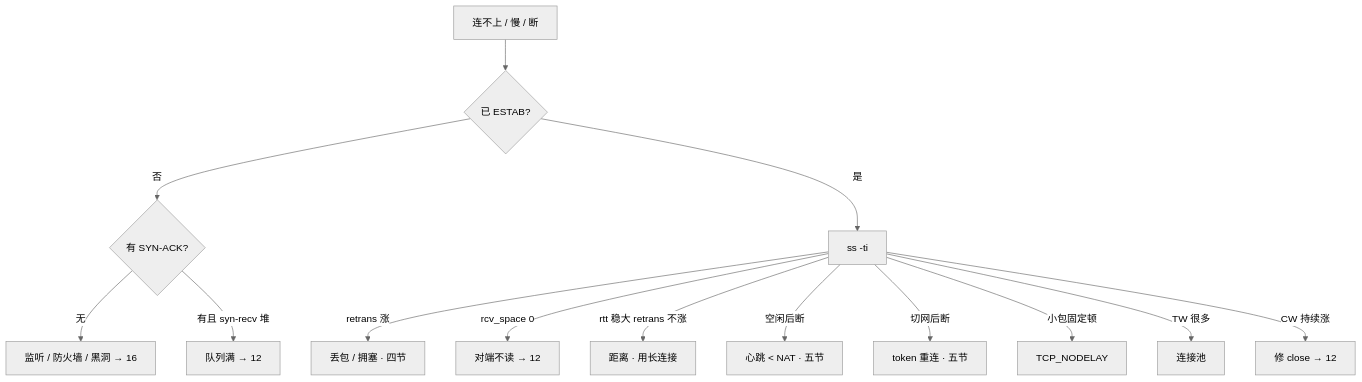
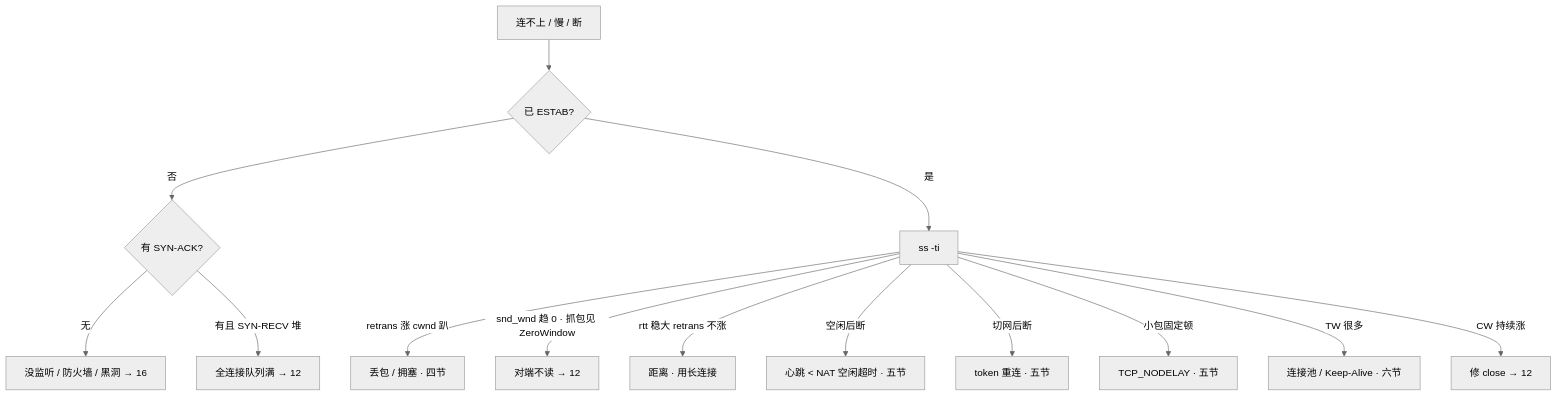
One commit to ml-cuizijun/LearnToLilith changed the ninth of 9 diagrams in 01-基础底座/13-TCP与UDP/知识点.md. Above: the diagram before and after it, drawn with Mermaid (neutral theme). The commit also changed other lines of this file, not shown here.

Commit message:
Refactor TCP and UDP chapter for clarity

````diff
--- a/01-基础底座/13-TCP与UDP/知识点.md
+++ b/01-基础底座/13-TCP与UDP/知识点.md
@@ -850,16 +575,16 @@
 ```mermaid
 flowchart TB
     A[连不上 / 慢 / 断] --> B{已 ESTAB?}
     B -->|否| C{有 SYN-ACK?}
-    C -->|无| D[监听 / 防火墙 / 黑洞 → 16]
-    C -->|有且 syn-recv 堆| E[队列满 → 12]
+    C -->|无| D[没监听 / 防火墙 / 黑洞 → 16]
+    C -->|有且 SYN-RECV 堆| E[全连接队列满 → 12]
     B -->|是| F[ss -ti]
-    F -->|retrans 涨| G[丢包 / 拥塞 · 四节]
-    F -->|rcv_space 0| H[对端不读 → 12]
+    F -->|retrans 涨 cwnd 趴| G[丢包 / 拥塞 · 四节]
+    F -->|snd_wnd 趋 0 · 抓包见 ZeroWindow| H[对端不读 → 12]
     F -->|rtt 稳大 retrans 不涨| I[距离 · 用长连接]
-    F -->|空闲后断| J[心跳 < NAT · 五节]
+    F -->|空闲后断| J[心跳 < NAT 空闲超时 · 五节]
     F -->|切网后断| K[token 重连 · 五节]
-    F -->|小包固定顿| L[TCP_NODELAY]
-    F -->|TW 很多| M[连接池]
+    F -->|小包固定顿| L[TCP_NODELAY · 五节]
+    F -->|TW 很多| M[连接池 / Keep-Alive · 六节]
     F -->|CW 持续涨| N[修 close → 12]
 ```
````
